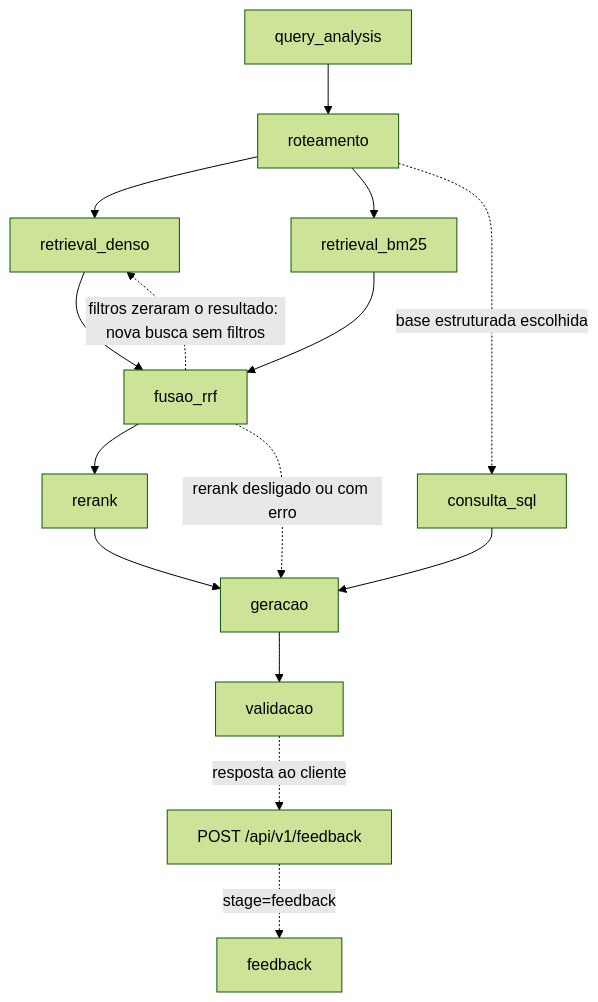
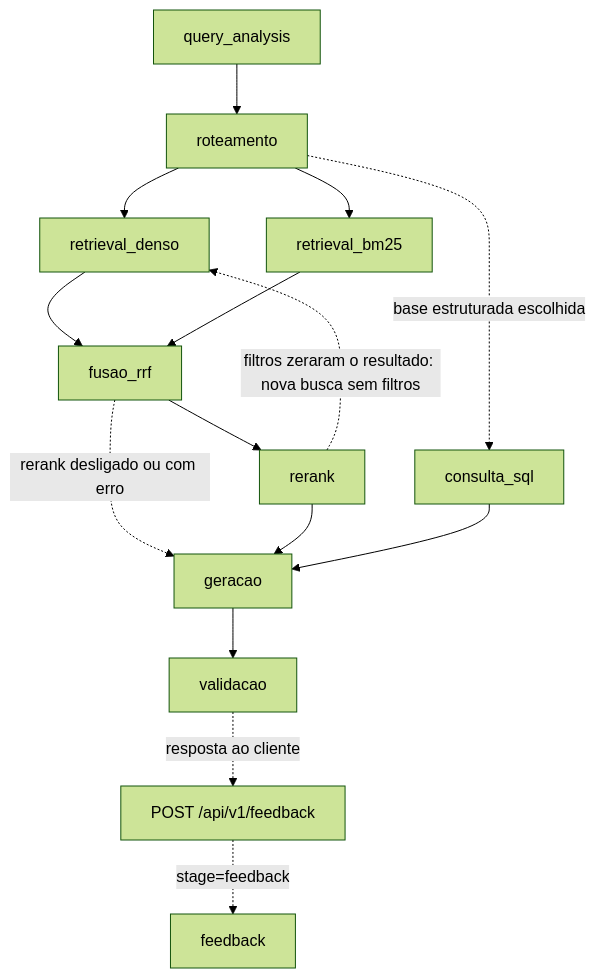
The diagram in ARQUITETURA.md (Diogooliveira10/rag-grande-desafio-grupo04-cenario01), drawn with Mermaid (forest theme) before and after one commit. The commit also changed other lines of this file, not shown here.

````diff
--- a/ARQUITETURA.md
+++ b/ARQUITETURA.md
@@ -29,17 +29,17 @@
 ```mermaid
 flowchart TD
     A[query_analysis] --> B[roteamento]
     B --> C[retrieval_denso]
     B --> D[retrieval_bm25]
     B -. base estruturada escolhida .-> K[consulta_sql]
     C --> E[fusao_rrf]
     D --> E
     E --> F[rerank]
     E -. rerank desligado ou com erro .-> G[geracao]
     F --> G
     K --> G
-    E -. filtros zeraram o resultado: nova busca sem filtros .-> C
+    F -. filtros zeraram o resultado: nova busca sem filtros .-> C
     G --> H[validacao]
     H -. resposta ao cliente .-> J[POST /api/v1/feedback]
     J -. stage=feedback .-> I[feedback]
 ```
````
